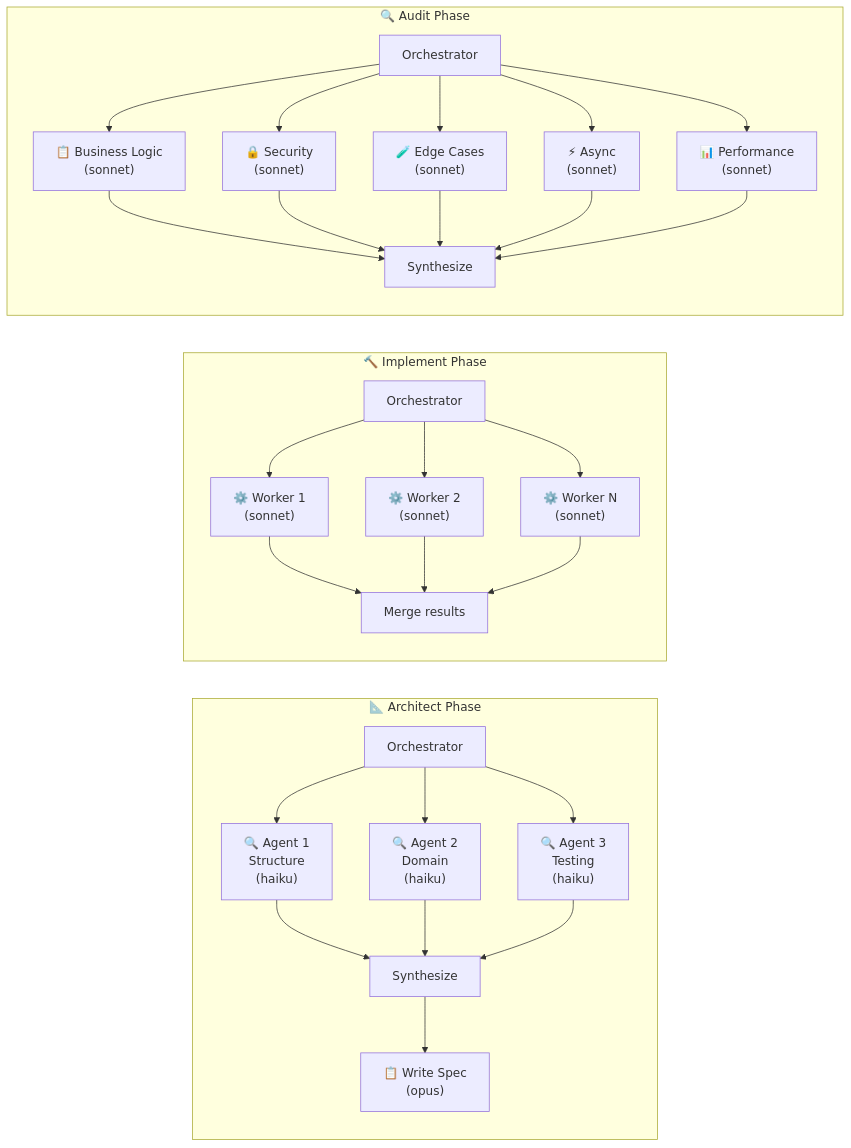
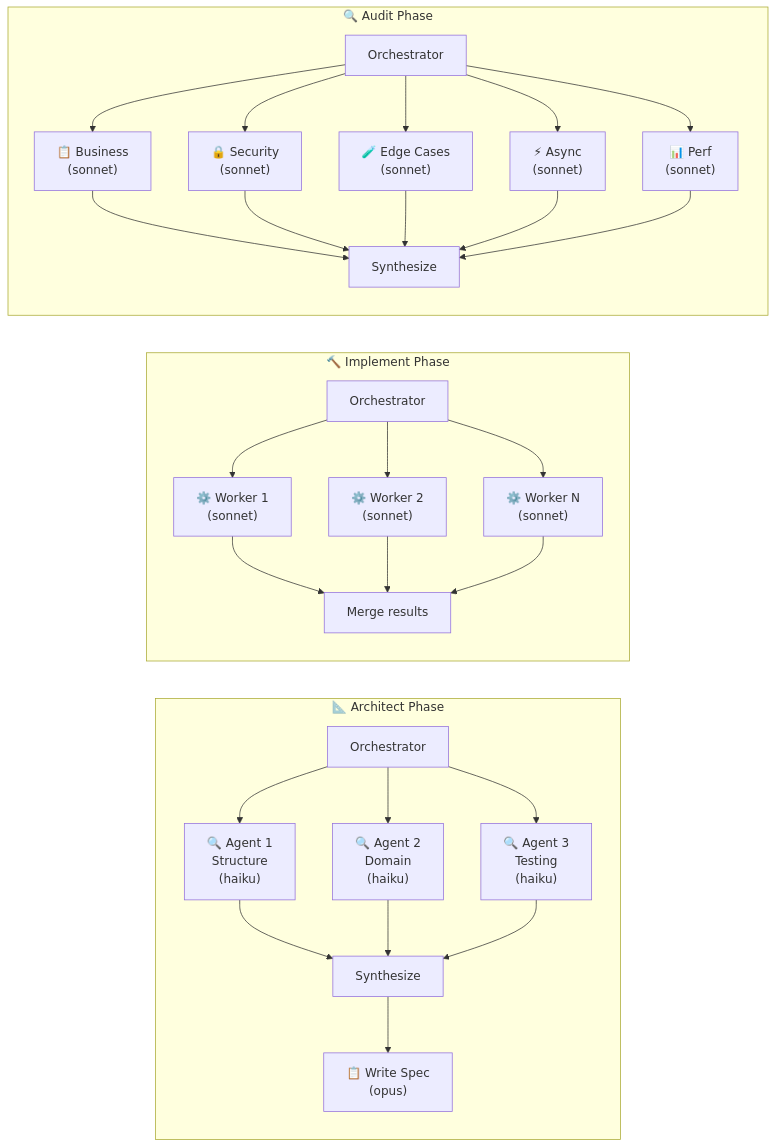
One commit to itisbryan/claude-missions changed the second of 5 diagrams in README.md. Above: the diagram before and after it, drawn with Mermaid. The commit also changed other lines of this file and 1 other file, not shown here.

````diff
--- a/README.md
+++ b/README.md
@@ -170,37 +285,37 @@
 ```mermaid
 flowchart LR
     subgraph Architect["📐 Architect Phase"]
         direction TB
         O1[Orchestrator] --> E1["🔍 Agent 1\nStructure\n(haiku)"]
         O1 --> E2["🔍 Agent 2\nDomain\n(haiku)"]
         O1 --> E3["🔍 Agent 3\nTesting\n(haiku)"]
         E1 --> Synth1[Synthesize]
         E2 --> Synth1
         E3 --> Synth1
         Synth1 --> Spec["📋 Write Spec\n(opus)"]
     end
 
     subgraph Implement["🔨 Implement Phase"]
         direction TB
         O2[Orchestrator] --> W1["⚙️ Worker 1\n(sonnet)"]
         O2 --> W2["⚙️ Worker 2\n(sonnet)"]
         O2 --> W3["⚙️ Worker N\n(sonnet)"]
         W1 --> Merge[Merge results]
         W2 --> Merge
         W3 --> Merge
     end
 
     subgraph Audit["🔍 Audit Phase"]
         direction TB
-        O3[Orchestrator] --> R1["📋 Business Logic\n(sonnet)"]
+        O3[Orchestrator] --> R1["📋 Business\n(sonnet)"]
         O3 --> R2["🔒 Security\n(sonnet)"]
         O3 --> R3["🧪 Edge Cases\n(sonnet)"]
         O3 --> R4["⚡ Async\n(sonnet)"]
-        O3 --> R5["📊 Performance\n(sonnet)"]
+        O3 --> R5["📊 Perf\n(sonnet)"]
         R1 --> Synth2[Synthesize]
         R2 --> Synth2
         R3 --> Synth2
         R4 --> Synth2
         R5 --> Synth2
     end
 ```
````
